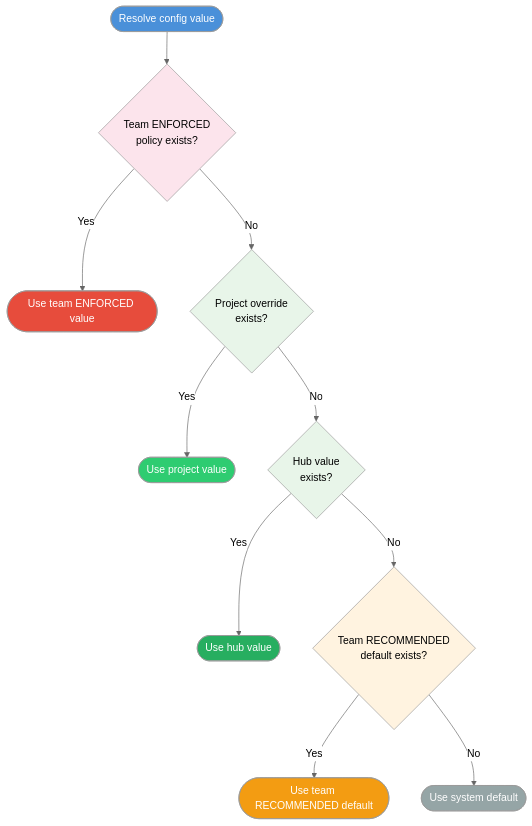
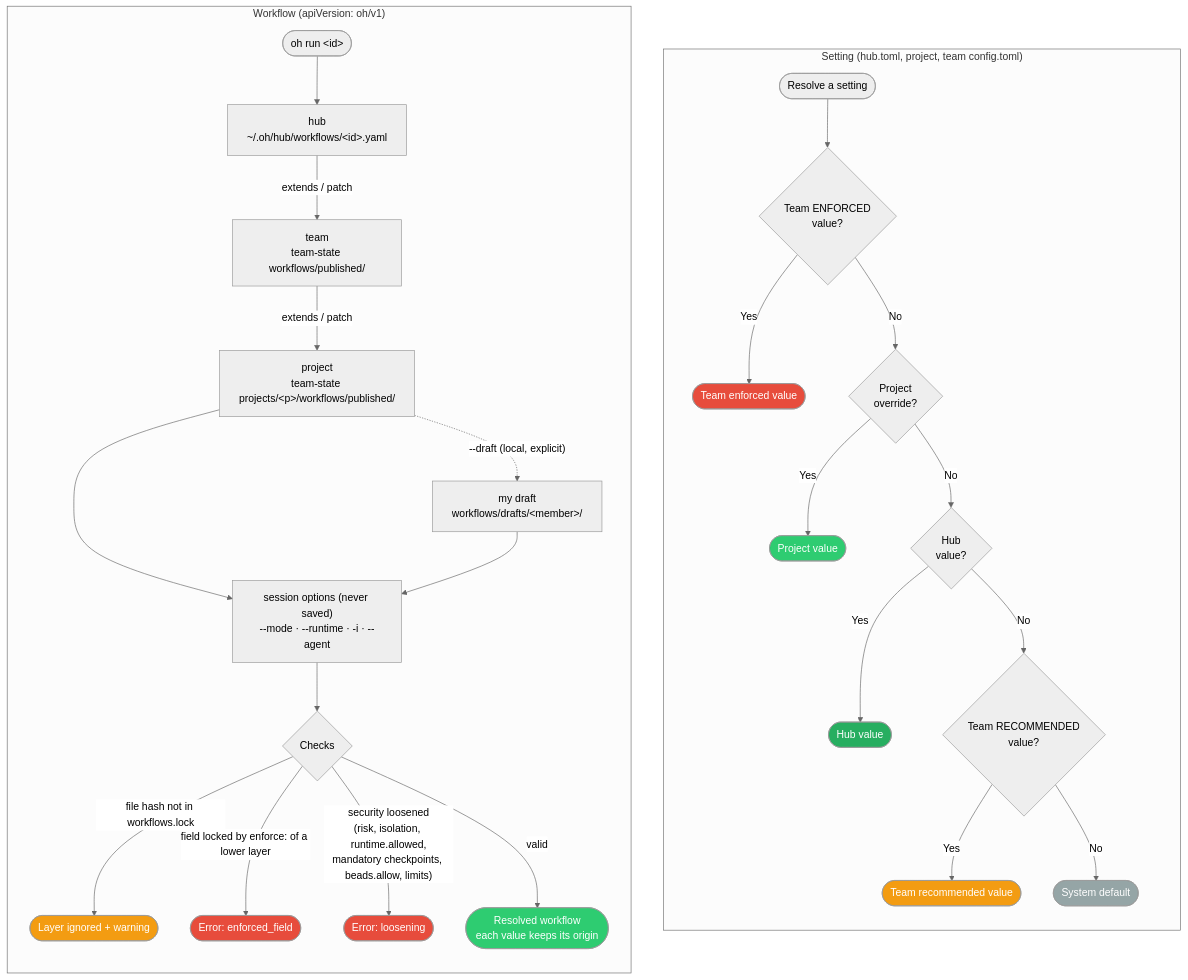
Before and after one commit to datichb/openhub: the diagram in docs/diagrams/config-resolution.mermaid, drawn with Mermaid (neutral theme). The commit also changed 23 other files, not shown here.

Commit message:
docs(diagrams): diagrammes v5 refaits (vue système, livraison des skills, parcours, commandes, cascade des modèles, couches de workflow, carte des workflows, TUI, équipe, agents) + cycle de vie d'une session et topologie local/conteneur/distant, SVG régénérés avec mmdc (v5 finalisation, DOC2)

```diff
--- a/docs/diagrams/config-resolution.mermaid
+++ b/docs/diagrams/config-resolution.mermaid
@@ -1,30 +1,42 @@
-%% D7: Config Resolution Decision Tree
-%% Decision tree showing the priority order for resolving a configuration value.
-%% Team ENFORCED policies take top priority, then project overrides, hub values,
-%% team RECOMMENDED defaults, and finally the system default.
+%% OpenHub -- Configuration and workflow resolution (v5)
+%% Left: how a setting is resolved (ADR-030, ADR-033).
+%% Right: how a workflow is resolved from its layers (ADR-039, ADR-040).
 
 flowchart TD
-    Start([Resolve config value]) --> Q1{Team ENFORCED\npolicy exists?}
+    subgraph CFG ["Setting (hub.toml, project, team config.toml)"]
+        direction TB
+        S0([Resolve a setting]) --> Q1{Team ENFORCED<br/>value?}
+        Q1 -- Yes --> R1([Team enforced value])
+        Q1 -- No --> Q2{Project<br/>override?}
+        Q2 -- Yes --> R2([Project value])
+        Q2 -- No --> Q3{Hub<br/>value?}
+        Q3 -- Yes --> R3([Hub value])
+        Q3 -- No --> Q4{Team RECOMMENDED<br/>value?}
+        Q4 -- Yes --> R4([Team recommended value])
+        Q4 -- No --> R5([System default])
+    end
 
-    Q1 -- Yes --> R1([Use team ENFORCED value])
-    Q1 -- No --> Q2{Project override\nexists?}
+    subgraph WF ["Workflow (apiVersion: oh/v1)"]
+        direction TB
+        W0([oh run &lt;id&gt;]) --> H["hub<br/>~/.oh/hub/workflows/&lt;id&gt;.yaml"]
+        H -->|"extends / patch"| T["team<br/>team-state workflows/published/"]
+        T -->|"extends / patch"| P["project<br/>team-state projects/&lt;p&gt;/workflows/published/"]
+        P -.->|"--draft (local, explicit)"| DR["my draft<br/>workflows/drafts/&lt;member&gt;/"]
+        P --> SO["session options (never saved)<br/>--mode · --runtime · -i · --agent"]
+        DR --> SO
+        SO --> V{"Checks"}
+        V -->|"file hash not in workflows.lock"| IGN([Layer ignored + warning])
+        V -->|"field locked by enforce: of a lower layer"| ERR1([Error: enforced_field])
+        V -->|"security loosened<br/>(risk, isolation, runtime.allowed,<br/>mandatory checkpoints, beads.allow, limits)"| ERR2([Error: loosening])
+        V -->|"valid"| OKW([Resolved workflow<br/>each value keeps its origin])
+    end
 
-    Q2 -- Yes --> R2([Use project value])
-    Q2 -- No --> Q3{Hub value\nexists?}
-
-    Q3 -- Yes --> R3([Use hub value])
-    Q3 -- No --> Q4{Team RECOMMENDED\ndefault exists?}
-
-    Q4 -- Yes --> R4([Use team RECOMMENDED default])
-    Q4 -- No --> R5([Use system default])
-
-    style Start fill:#4a90d9,color:#fff
     style R1 fill:#e74c3c,color:#fff
     style R2 fill:#2ecc71,color:#fff
     style R3 fill:#27ae60,color:#fff
     style R4 fill:#f39c12,color:#fff
     style R5 fill:#95a5a6,color:#fff
-    style Q1 fill:#fce4ec
-    style Q2 fill:#e8f5e9
-    style Q3 fill:#e8f5e9
-    style Q4 fill:#fff3e0
+    style OKW fill:#2ecc71,color:#fff
+    style ERR1 fill:#e74c3c,color:#fff
+    style ERR2 fill:#e74c3c,color:#fff
+    style IGN fill:#f39c12,color:#fff
```
